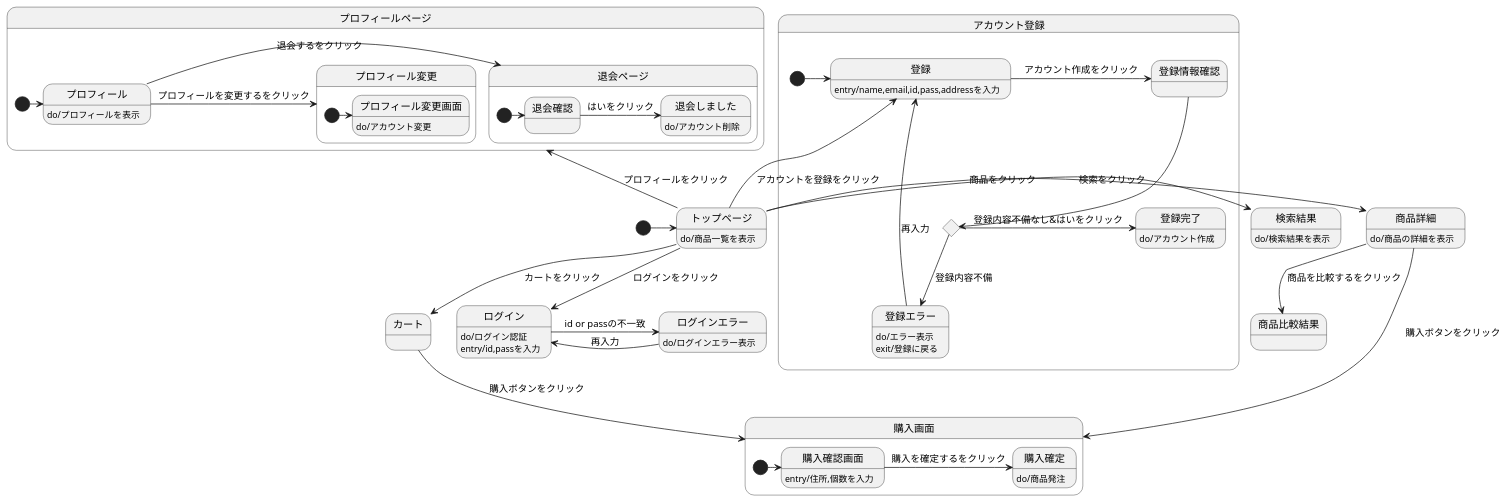
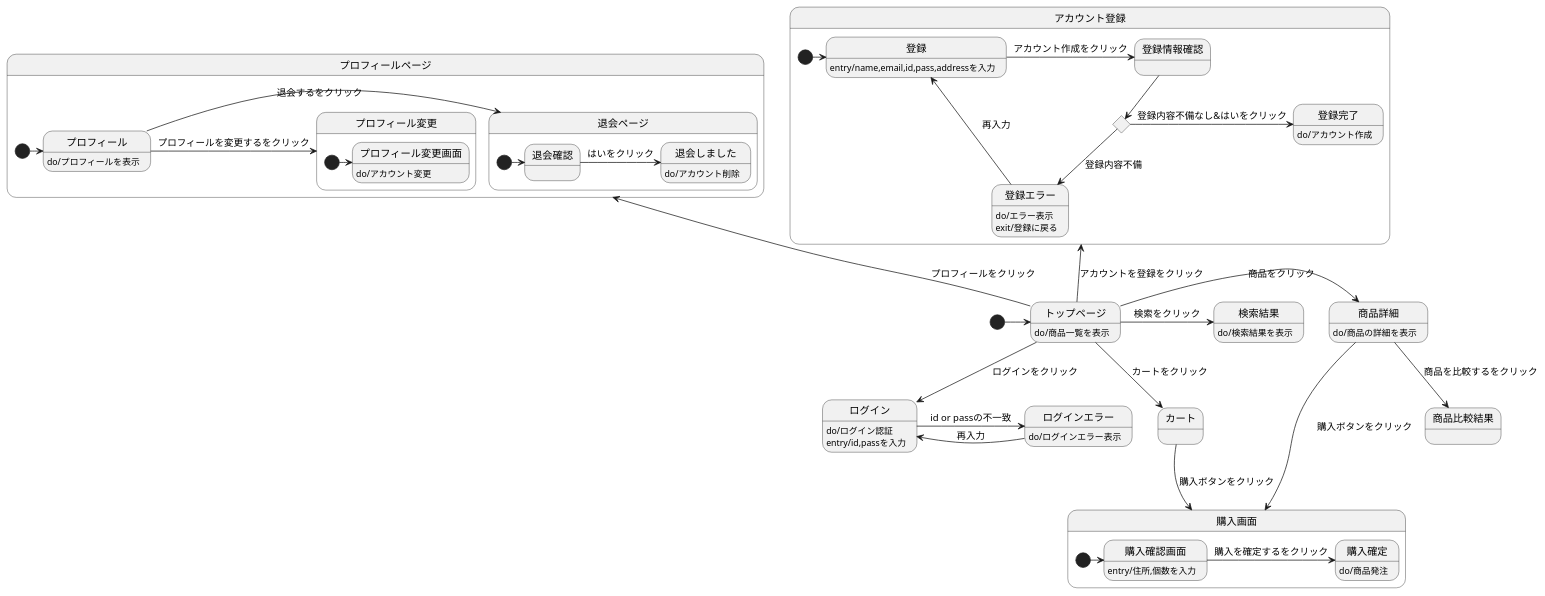
One commit to Aso2001159/2021sys-design changed the diagram in stm01.md. Above: the diagram before and after it, drawn with PlantUML.

````diff
--- a/stm01.md
+++ b/stm01.md
@@ -1,58 +1,58 @@
 ```uml
 
 @startuml
 [*]->トップページ
 トップページ : do/商品一覧を表示
 トップページ->商品詳細 : 商品をクリック
   商品詳細 : do/商品の詳細を表示
   商品詳細 --> 商品比較結果 : 商品を比較するをクリック
   商品詳細-> 購入画面 :　購入ボタンをクリック
 トップページ-down->ログイン :ログインをクリック
   ログイン : do/ログイン認証
   ログイン : entry/id,passを入力
   ログイン -> ログインエラー : id or passの不一致
     ログインエラー :do/ログインエラー表示
   ログインエラー -> ログイン : 再入力
 トップページ-->カート :カートをクリック
 カート --> 購入画面 : 購入ボタンをクリック
 state 購入画面{
   [*]-> 購入確認画面
   購入確認画面 : entry/住所,個数を入力
   購入確認画面 -> 購入確定 : 購入を確定するをクリック
   購入確定 : do/商品発注
 }
 state アカウント登録{
 [*]-> 登録 
-  トップページ-up-> 登録 :アカウントを登録をクリック
+  トップページ-up-> アカウント登録 :アカウントを登録をクリック
   state t確認 <<choice>>
   登録 : entry/name,email,id,pass,addressを入力
   登録 ->登録情報確認: アカウント作成をクリック
   登録情報確認 --> t確認 
   t確認 --> 登録エラー : 登録内容不備
     登録エラー : do/エラー表示
     登録エラー : exit/登録に戻る
    登録エラー -> 登録 : 再入力
   t確認 -> 登録完了: 登録内容不備なし&はいをクリック
     登録完了: do/アカウント作成
   }
 トップページ->検索結果 :検索をクリック
   検索結果 : do/検索結果を表示
 トップページ-up->プロフィールページ :プロフィールをクリック
 state プロフィールページ{
 [*] -> プロフィール
 プロフィール : do/プロフィールを表示
   プロフィール ->退会ページ :退会するをクリック
   state 退会ページ{
     [*]-> 退会確認 
     退会確認-> 退会しました : はいをクリック
       退会しました : do/アカウント削除
     }
     プロフィール -> プロフィール変更 : プロフィールを変更するをクリック
     state プロフィール変更{
       [*]-> プロフィール変更画面
       プロフィール変更画面 : do/アカウント変更
     }
  }
 @enduml
 
 ```
````
